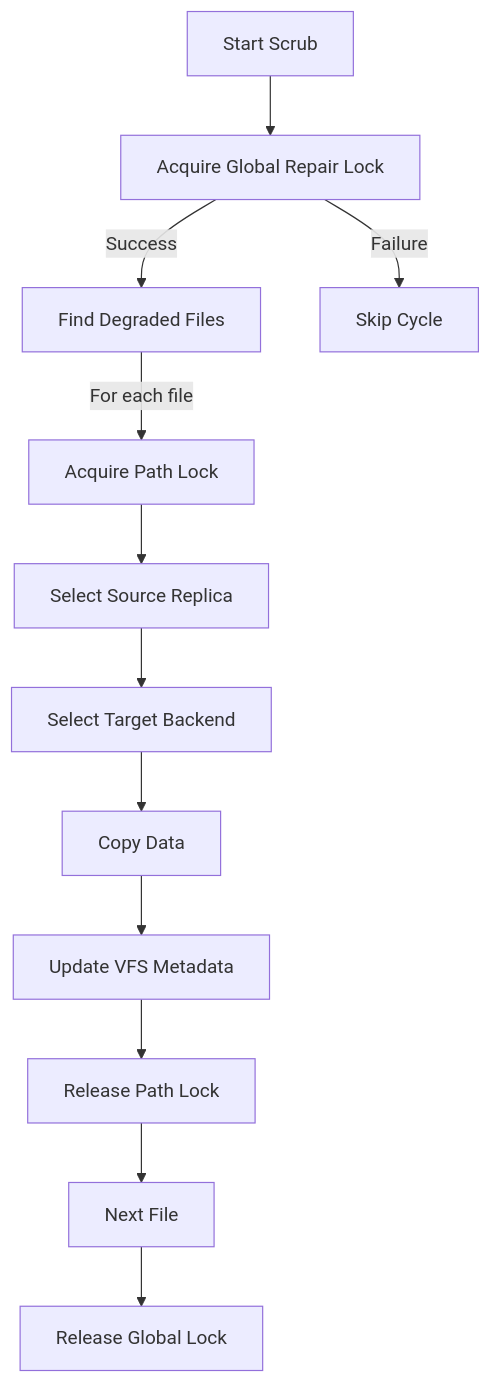
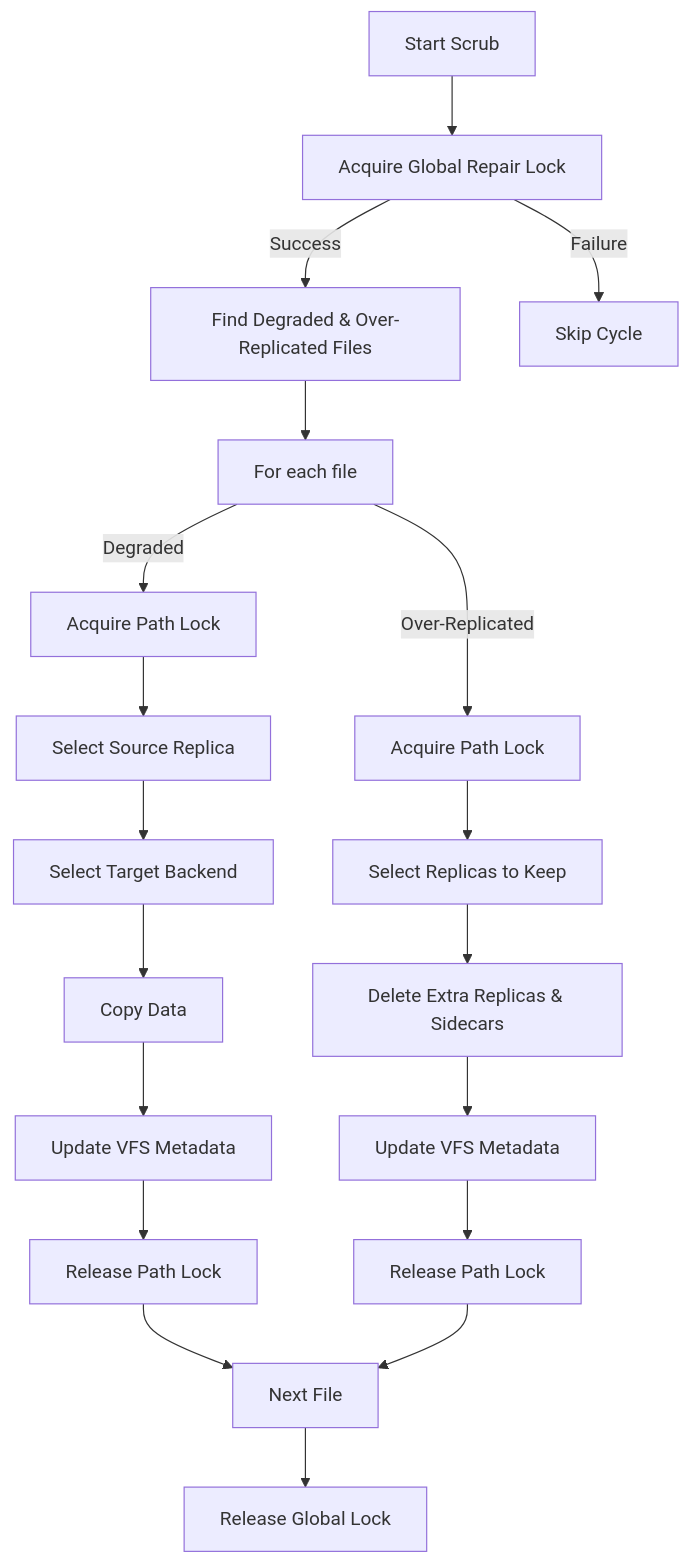
One commit to digitalentity/replistore changed the diagram in docs/components/repair.md. Above: the diagram before and after it, drawn with Mermaid. The commit also changed other lines of this file and 9 other files, not shown here.

Commit message:
feat(repair): Implement replica pruning for over-replicated files.

````diff
--- a/docs/components/repair.md
+++ b/docs/components/repair.md
@@ -50,14 +56,25 @@
 ```mermaid
 graph TD
     Start[Start Scrub] --> LockGlobal[Acquire Global Repair Lock]
-    LockGlobal -- Success --> Find[Find Degraded Files]
+    LockGlobal -- Success --> Find[Find Degraded & Over-Replicated Files]
     LockGlobal -- Failure --> Skip[Skip Cycle]
-    Find -- For each file --> LockPath[Acquire Path Lock]
-    LockPath --> Source[Select Source Replica]
+    
+    Find --> Loop[For each file]
+    
+    Loop -- Degraded --> LockPath1[Acquire Path Lock]
+    LockPath1 --> Source[Select Source Replica]
     Source --> Target[Select Target Backend]
     Target --> Copy[Copy Data]
-    Copy --> Update[Update VFS Metadata]
-    Update --> ReleasePath[Release Path Lock]
-    ReleasePath --> End[Next File]
-    End --> ReleaseGlobal[Release Global Lock]
+    Copy --> Update1[Update VFS Metadata]
+    Update1 --> ReleasePath1[Release Path Lock]
+    ReleasePath1 --> Next[Next File]
+    
+    Loop -- Over-Replicated --> LockPath2[Acquire Path Lock]
+    LockPath2 --> SelectKeep[Select Replicas to Keep]
+    SelectKeep --> DeleteExtra[Delete Extra Replicas & Sidecars]
+    DeleteExtra --> Update2[Update VFS Metadata]
+    Update2 --> ReleasePath2[Release Path Lock]
+    ReleasePath2 --> Next
+    
+    Next --> ReleaseGlobal[Release Global Lock]
 ```
````
